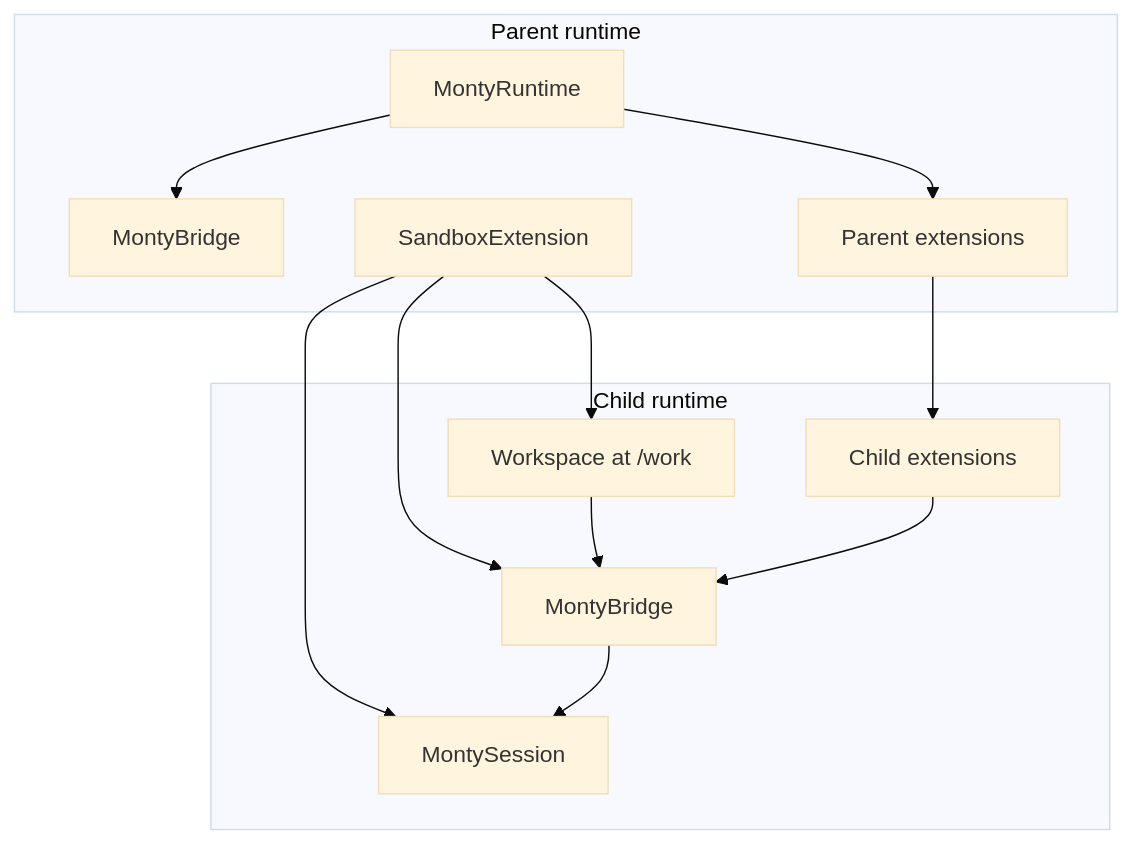
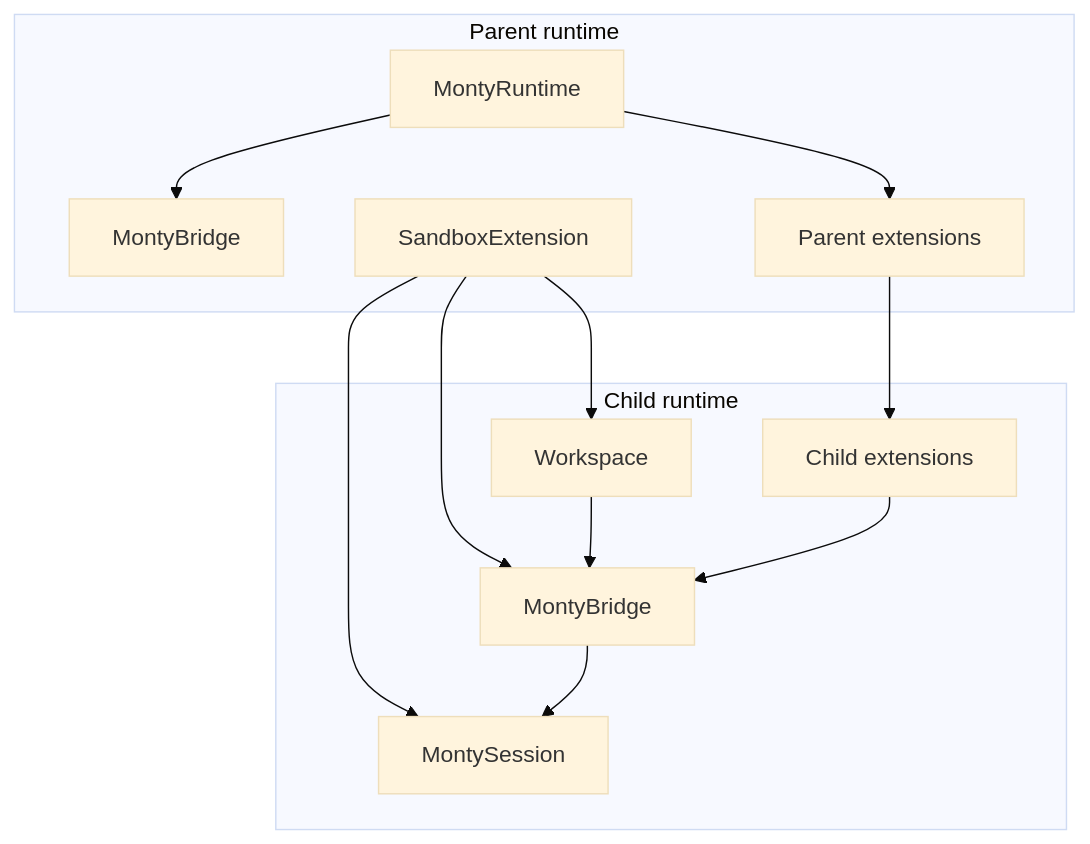
One commit to runyaga/dart_monty changed the diagram in docs/deep-dives/sandbox-architecture.md. Above: the diagram before and after it, drawn with Mermaid (base theme). The commit also changed other lines of this file and 67 other files, not shown here.

````diff
--- a/docs/deep-dives/sandbox-architecture.md
+++ b/docs/deep-dives/sandbox-architecture.md
@@ -11,26 +10,26 @@
 ```mermaid
 graph TD
     subgraph Parent runtime
         A[MontyRuntime]
         B[MontyBridge]
         C[SandboxExtension]
         D[Parent extensions]
     end
 
     subgraph Child runtime
         E[MontySession]
         F[MontyBridge]
         G[Child extensions]
-        H[Workspace at /work]
+        H[Workspace]
     end
 
     A --> B
     A --> D
     C --> E
     C --> F
     D --> G
     C --> H
     F --> E
     G --> F
     H --> F
 ```
````
